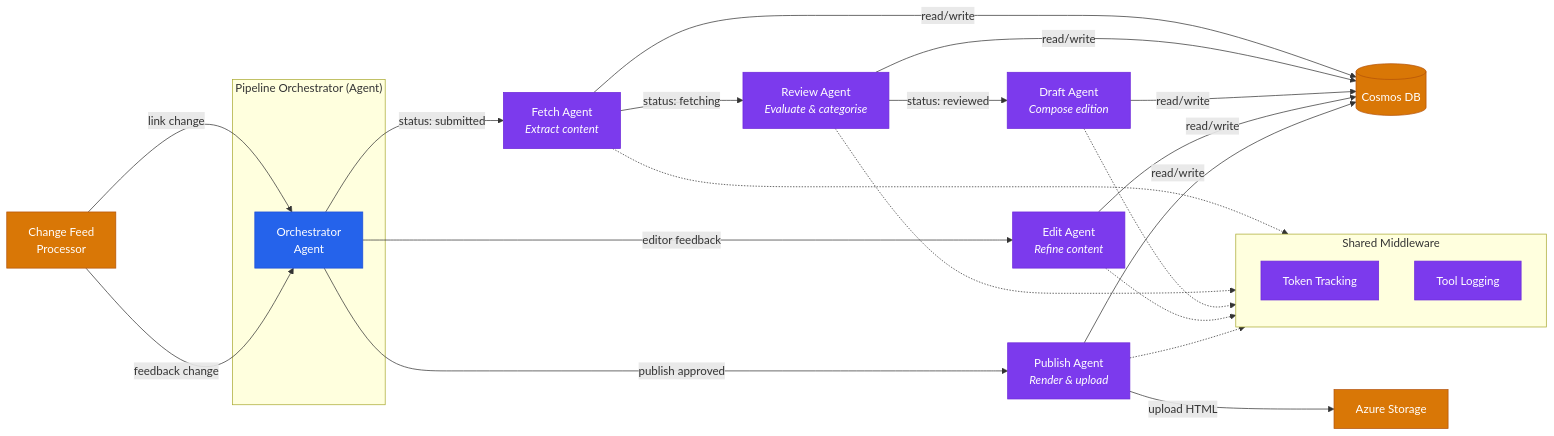
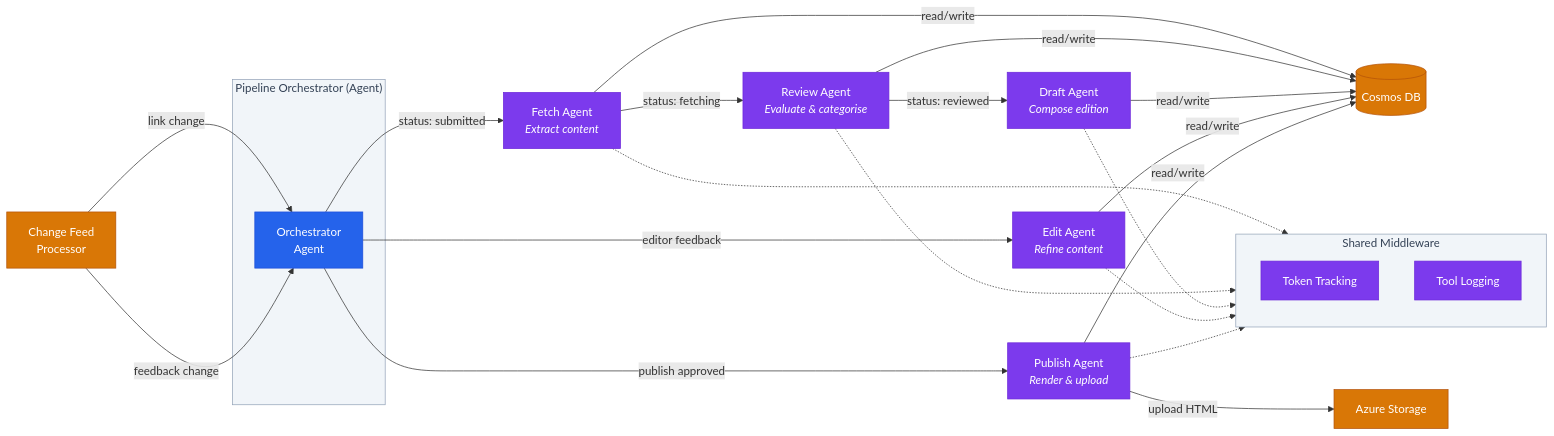
Before and after one commit to ljtill/agent-stack: the third of 5 diagrams in docs/ARCHITECTURE.md, drawn with Mermaid. The commit also changed other lines of this file and 1 other file, not shown here.

````diff
--- a/docs/ARCHITECTURE.md
+++ b/docs/ARCHITECTURE.md
@@ -111,36 +119,39 @@
 ```mermaid
 graph LR
     CF["Change Feed<br/>Processor"] -->|link change| PO
     CF -->|feedback change| PO
 
     subgraph Orchestrator["Pipeline Orchestrator (Agent)"]
         PO["Orchestrator<br/>Agent"]
     end
 
     PO -->|"status: submitted"| Fetch["Fetch Agent<br/><i>Extract content</i>"]
     Fetch -->|"status: fetching"| Review["Review Agent<br/><i>Evaluate & categorise</i>"]
     Review -->|"status: reviewed"| Draft["Draft Agent<br/><i>Compose edition</i>"]
 
     PO -->|"editor feedback"| Edit["Edit Agent<br/><i>Refine content</i>"]
     PO -->|"publish approved"| Publish["Publish Agent<br/><i>Render & upload</i>"]
 
     Fetch & Review & Draft -->|read/write| DB[("Cosmos DB")]
     Edit & Publish -->|read/write| DB
 
     Publish -->|upload HTML| Storage["Azure Storage"]
 
     subgraph Middleware["Shared Middleware"]
         TT["Token Tracking"]
         TL["Tool Logging"]
     end
 
     Fetch & Review & Draft & Edit & Publish -.-> Middleware
 
     classDef outer fill:#2563eb,stroke:#1d4ed8,color:#fff
     classDef inner fill:#7c3aed,stroke:#6d28d9,color:#fff
     classDef infra fill:#d97706,stroke:#b45309,color:#fff
 
     class PO outer
     class Fetch,Review,Draft,Edit,Publish,TT,TL inner
     class CF,DB,Storage infra
+
+    style Orchestrator fill:#f1f5f9,stroke:#94a3b8,color:#334155
+    style Middleware fill:#f1f5f9,stroke:#94a3b8,color:#334155
 ```
````
